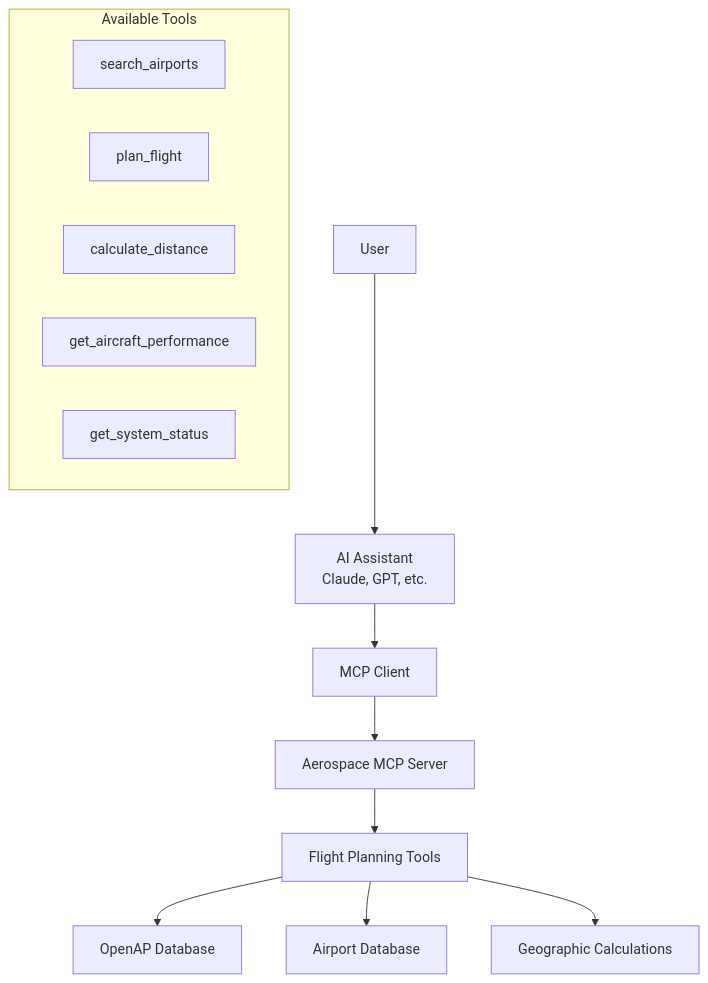
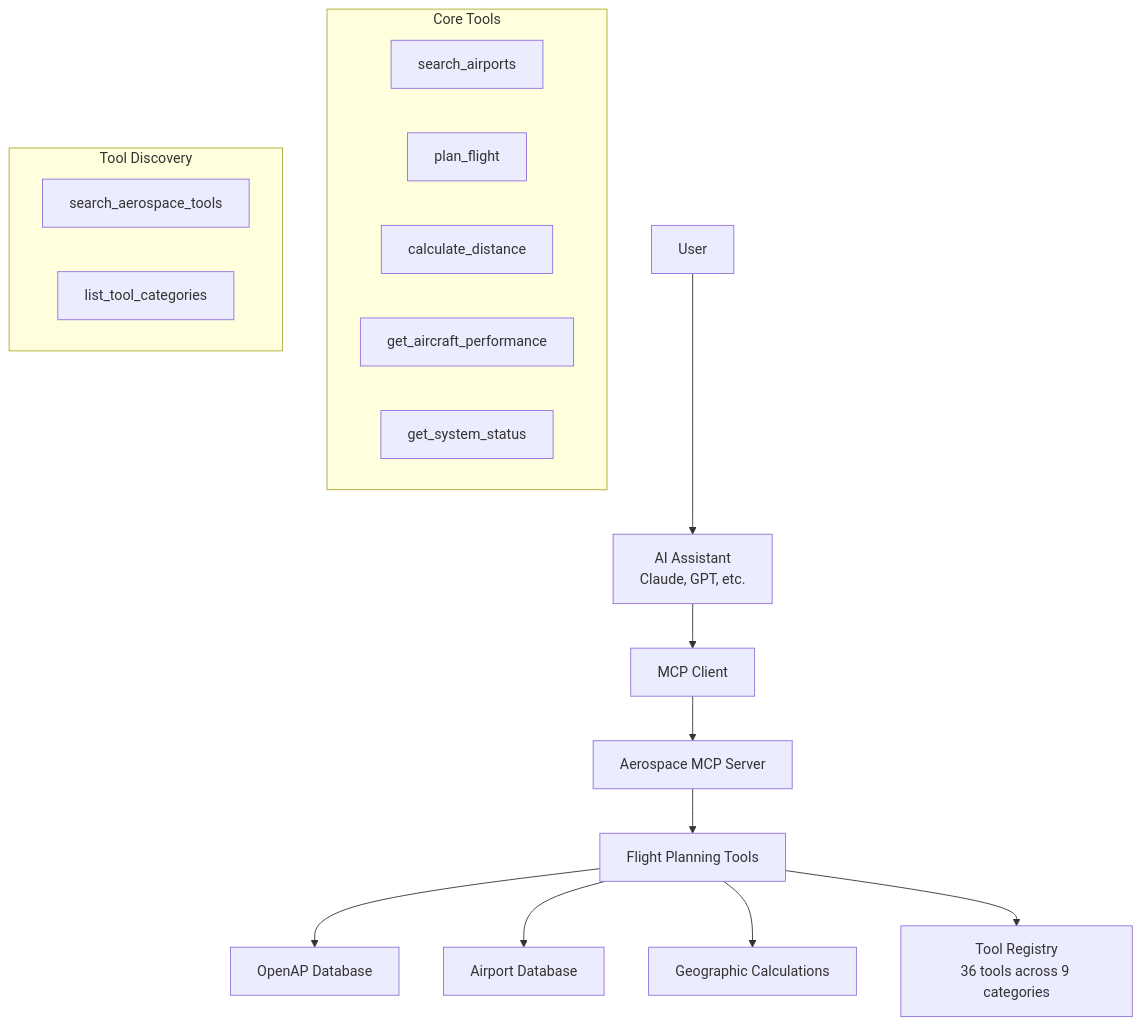
The diagram in docs/MCP_INTEGRATION.md (cheesejaguar/aerospace-mcp), drawn with Mermaid before and after one commit. The commit also changed other lines of this file and 9 other files, not shown here.

First line of the commit message:
Add tool search tool for dynamic tool discovery

````diff
--- a/docs/MCP_INTEGRATION.md
+++ b/docs/MCP_INTEGRATION.md
@@ -24,19 +24,25 @@
 ```mermaid
 graph TB
     User[User] --> Assistant[AI Assistant<br/>Claude, GPT, etc.]
     Assistant --> MCP[MCP Client]
     MCP --> Server[Aerospace MCP Server]
     Server --> Tools[Flight Planning Tools]
 
-    subgraph "Available Tools"
+    subgraph "Core Tools"
         SearchAirports[search_airports]
         PlanFlight[plan_flight]
         CalcDistance[calculate_distance]
         GetPerformance[get_aircraft_performance]
         SystemStatus[get_system_status]
     end
 
+    subgraph "Tool Discovery"
+        SearchTools[search_aerospace_tools]
+        ListCategories[list_tool_categories]
+    end
+
     Tools --> OpenAP[OpenAP Database]
     Tools --> AirportDB[Airport Database]
     Tools --> GeographicLib[Geographic Calculations]
+    Tools --> ToolRegistry[Tool Registry<br/>36 tools across 9 categories]
 ```
````
